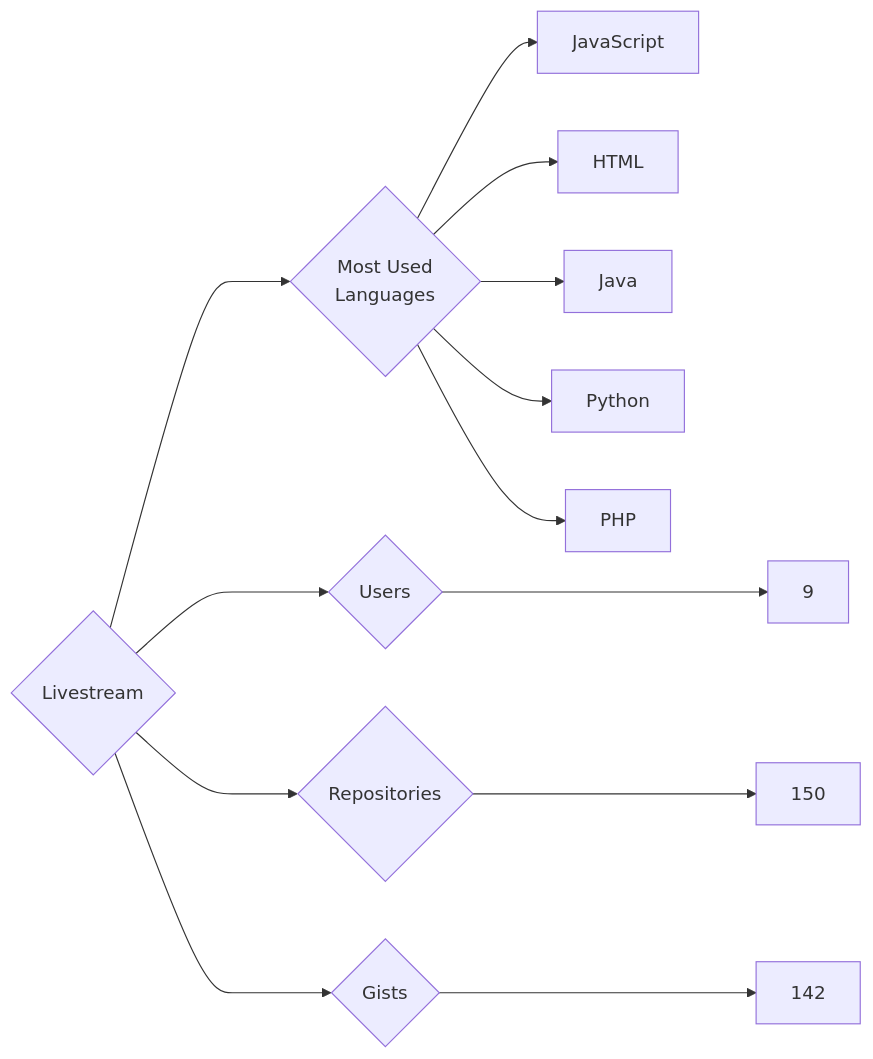
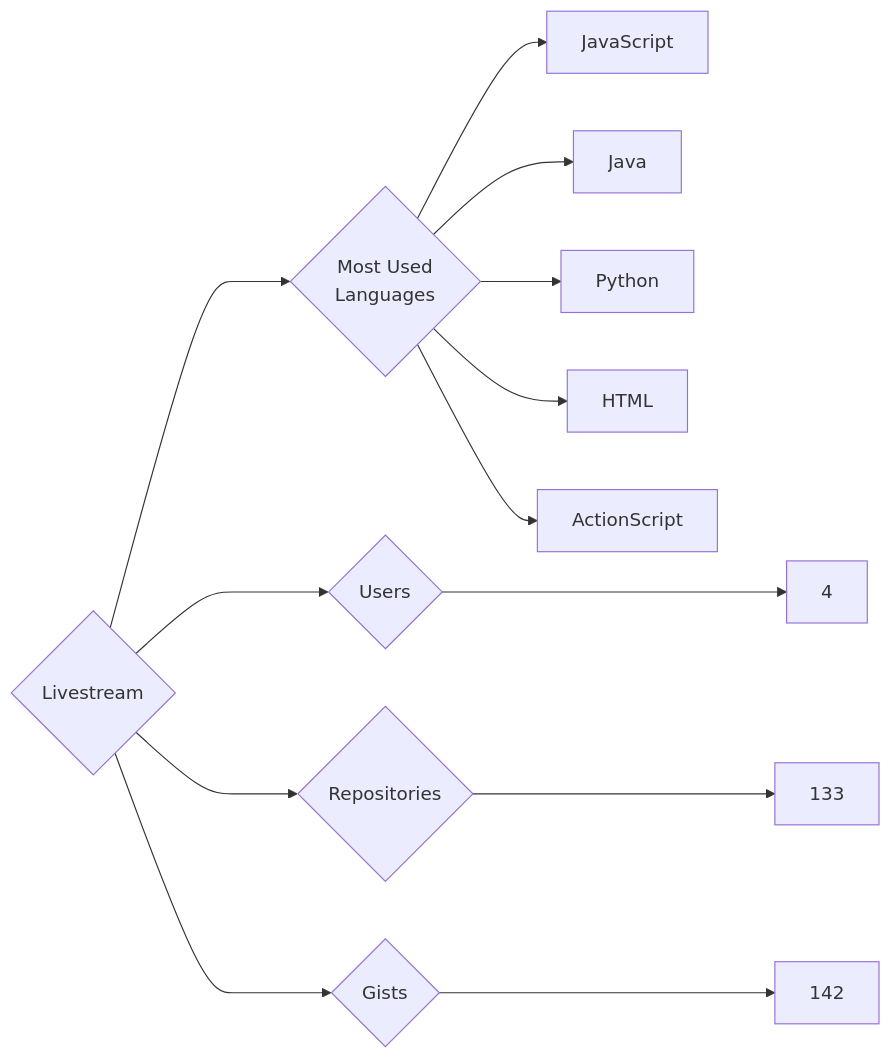
The diagram in targets/Livestream/README.md (trickest/insiders), drawn with Mermaid before and after one commit. The commit also changed 757 other files, not shown here.

````diff
--- a/targets/Livestream/README.md
+++ b/targets/Livestream/README.md
@@ -3,13 +3,13 @@
 ```mermaid
 graph LR
 COMPANY_NAME{Livestream}
-COMPANY_NAME ---> U{Users} ---> UN[9]
-COMPANY_NAME ---> R{Repositories} ---> RN[150]
+COMPANY_NAME ---> U{Users} ---> UN[4]
+COMPANY_NAME ---> R{Repositories} ---> RN[133]
 COMPANY_NAME ---> G{Gists} ---> GN[142]
 COMPANY_NAME ---> ML{Most Used<br>Languages}
 ML --> JavaScript[JavaScript]
-ML --> HTML[HTML]
 ML --> Java[Java]
 ML --> Python[Python]
-ML --> PHP[PHP]
+ML --> HTML[HTML]
+ML --> ActionScript[ActionScript]
 ```
````
